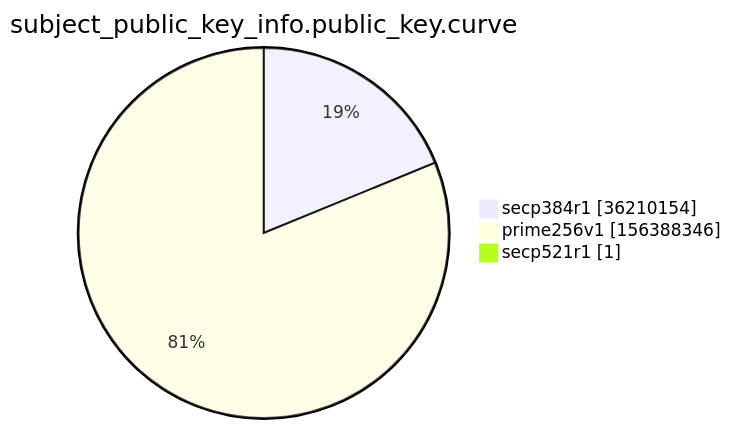
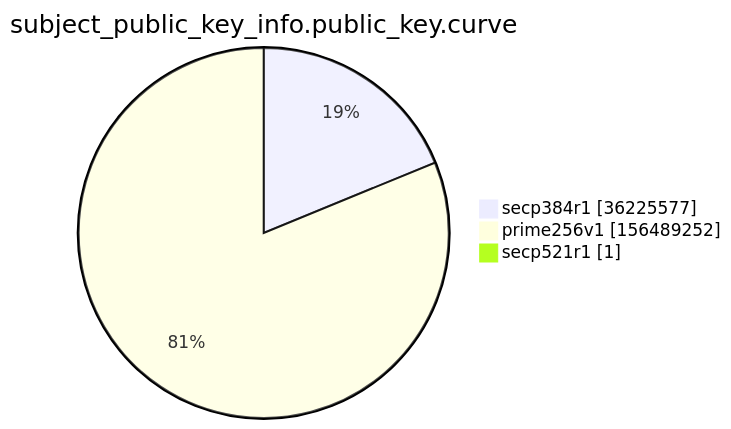
Before and after one commit to christiankrug/ctmonitor_visualization: the ninth of 15 diagrams in argon2022/README.md, drawn with Mermaid. The commit also changed other lines of this file, not shown here.

````diff
--- a/argon2022/README.md
+++ b/argon2022/README.md
@@ -2766,7 +2766,7 @@
 ```mermaid
 pie showData
 title subject_public_key_info.public_key.curve
-"secp384r1" :36210154
-"prime256v1" :156388346
+"secp384r1" :36225577
+"prime256v1" :156489252
 "secp521r1" :1
 ```
````
